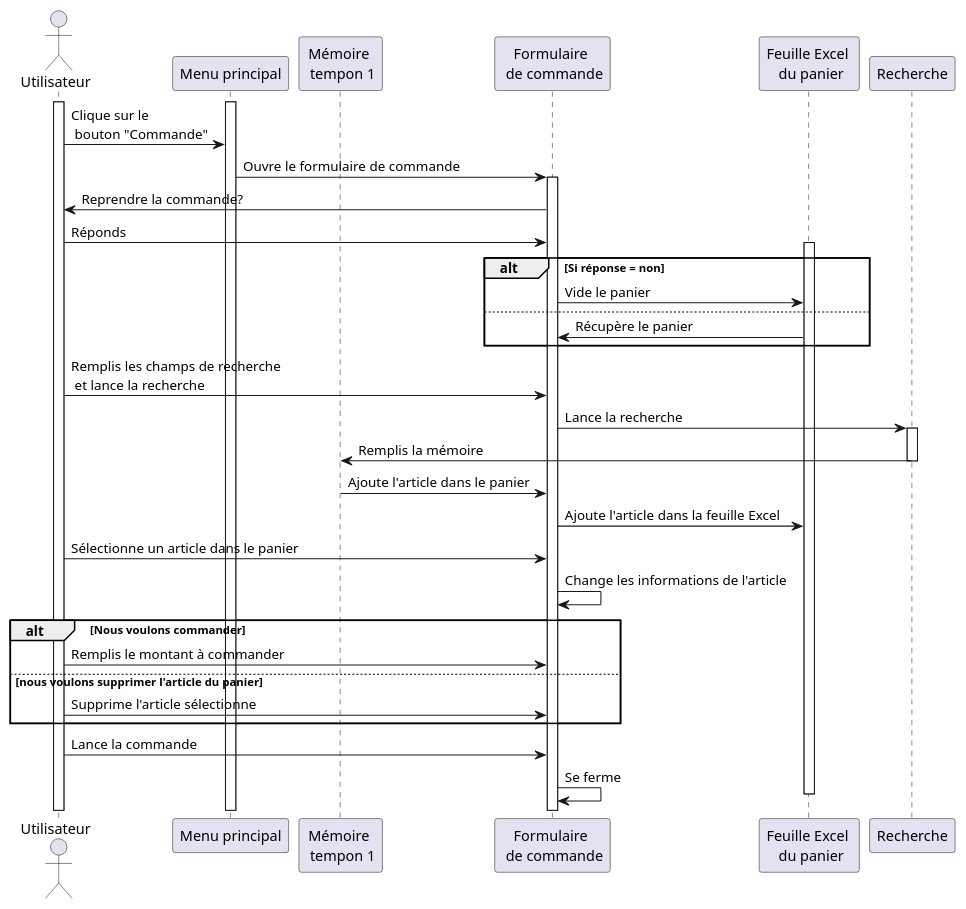
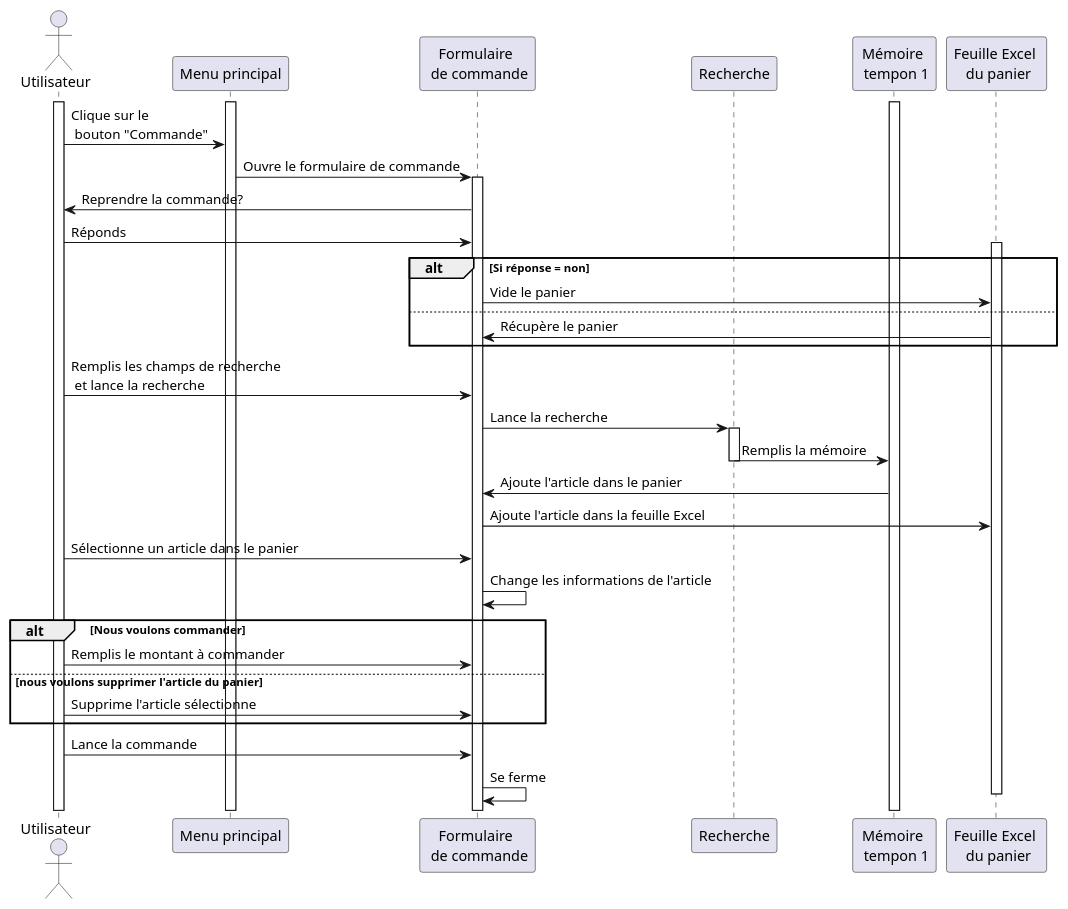
The diagram in sequence/Mission 1/command.puml (UPPA-s-University-Projects/rapport-stage), drawn with PlantUML before and after one commit. The commit also changed 6 other files, not shown here.

Commit message:
New diagram, begin M2 Work

```diff
--- a/sequence/Mission 1/command.puml
+++ b/sequence/Mission 1/command.puml
@@ -1,51 +1,52 @@
 @startuml global gestionnaire de stocks sequence
 
     
     'Create an actor "user"
     actor Utilisateur as usr
     participant "Menu principal" as mmenu
+    participant "Formulaire \n de commande" as frmCommand
+    participant "Recherche" as search
     participant "Mémoire \n tempon 1" as temp1
-    participant "Formulaire \n de commande" as frmCommand
     participant "Feuille Excel \n du panier" as feuilExcelBasket
-    participant "Recherche" as search
 
 
     activate usr
     activate mmenu
+    activate temp1
 
     usr -> mmenu: Clique sur le \n bouton "Commande"
     mmenu -> frmCommand: Ouvre le formulaire de commande
     activate frmCommand
     frmCommand -> usr: Reprendre la commande?
     usr -> frmCommand: Réponds
 
     activate feuilExcelBasket
     alt Si réponse = non
         frmCommand -> feuilExcelBasket: Vide le panier
     else
         frmCommand <- feuilExcelBasket: Récupère le panier
     end
 
     usr -> frmCommand: Remplis les champs de recherche \n et lance la recherche
     frmCommand -> search: Lance la recherche
     activate search
     search -> temp1: Remplis la mémoire
     deactivate search
     temp1 -> frmCommand: Ajoute l'article dans le panier
     frmCommand -> feuilExcelBasket: Ajoute l'article dans la feuille Excel
 
     usr->frmCommand: Sélectionne un article dans le panier
     frmCommand->frmCommand: Change les informations de l'article
     alt Nous voulons commander
         usr->frmCommand: Remplis le montant à commander
     else nous voulons supprimer l'article du panier
         usr->frmCommand: Supprime l'article sélectionne 
     end
 
     usr -> frmCommand: Lance la commande
     frmCommand -> frmCommand: Se ferme
     deactivate feuilExcelBasket
 
 
 
 @enduml
```
